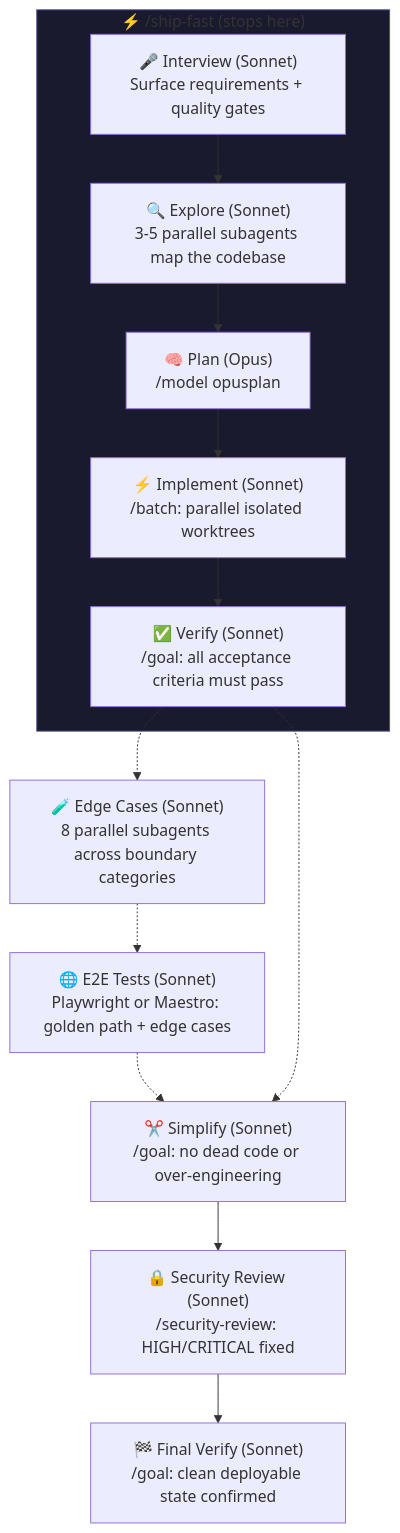
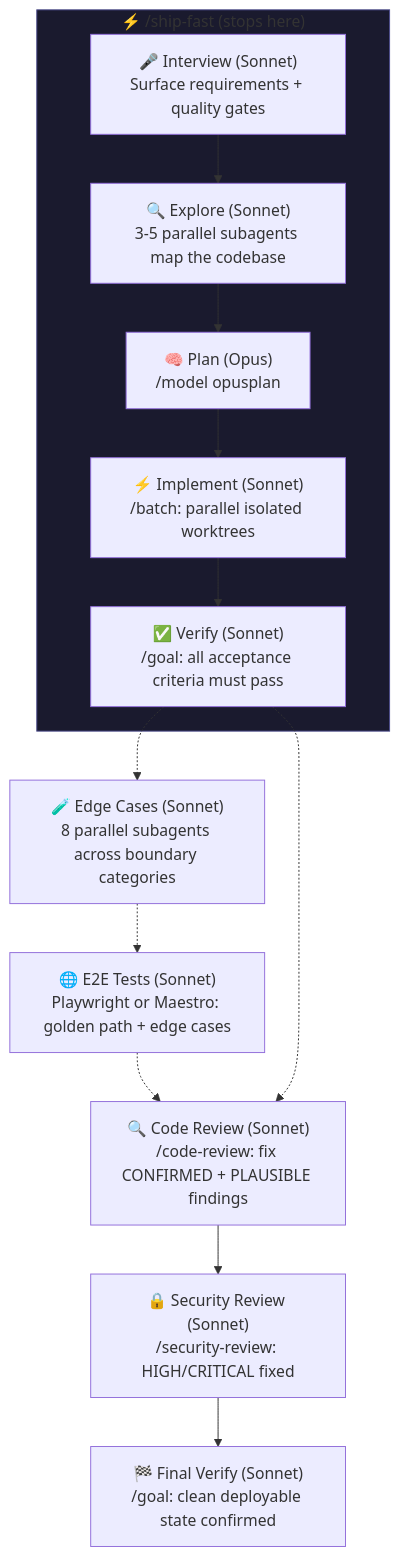
One commit to amajorai/ship.md changed the first of 2 diagrams in README.md. Above: the diagram before and after it, drawn with Mermaid. The commit also changed other lines of this file and 1 other file, not shown here.

Commit message:
refactor: replace simplify phase with code-review skill; add /goal loop diagram

````diff
--- a/README.md
+++ b/README.md
@@ -32,17 +32,17 @@
 ```mermaid
 flowchart TD
     subgraph sf["⚡ /ship-fast  (stops here)"]
         A["🎤 Interview (Sonnet)\nSurface requirements + quality gates"] --> B["🔍 Explore (Sonnet)\n3-5 parallel subagents map the codebase"]
         B --> C["🧠 Plan (Opus)\n/model opusplan"]
         C --> D["⚡ Implement (Sonnet)\n/batch: parallel isolated worktrees"]
         D --> E["✅ Verify (Sonnet)\n/goal: all acceptance criteria must pass"]
     end
     E -.-> F["🧪 Edge Cases (Sonnet)\n8 parallel subagents across boundary categories"]
     F -.-> G["🌐 E2E Tests (Sonnet)\nPlaywright or Maestro: golden path + edge cases"]
-    G -.-> H["✂️ Simplify (Sonnet)\n/goal: no dead code or over-engineering"]
+    G -.-> H["🔍 Code Review (Sonnet)\n/code-review: fix CONFIRMED + PLAUSIBLE findings"]
     E -.-> H
     H --> I["🔒 Security Review (Sonnet)\n/security-review: HIGH/CRITICAL fixed"]
     I --> J["🏁 Final Verify (Sonnet)\n/goal: clean deployable state confirmed"]
 
     style sf fill:#1a1a2e,stroke:#4a4a8a
 ```
````
